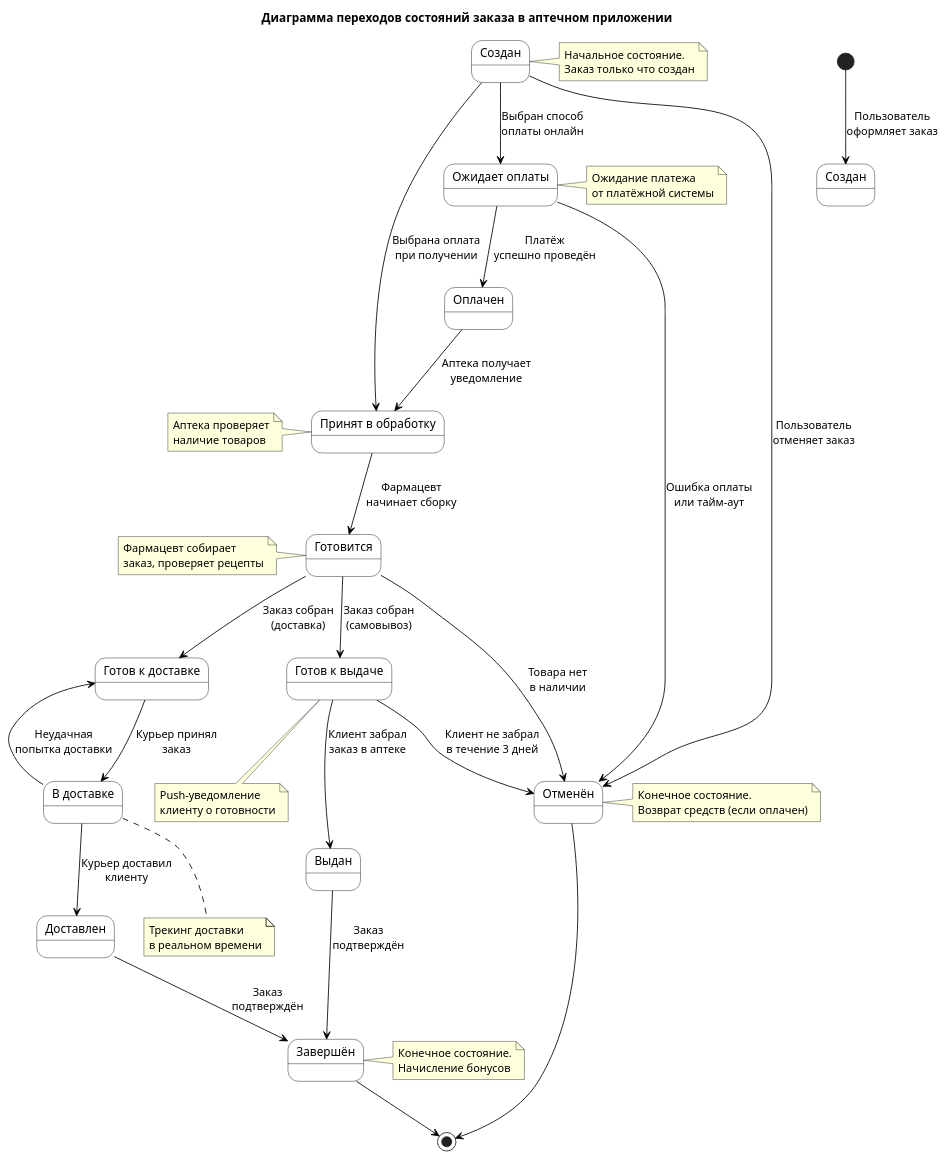
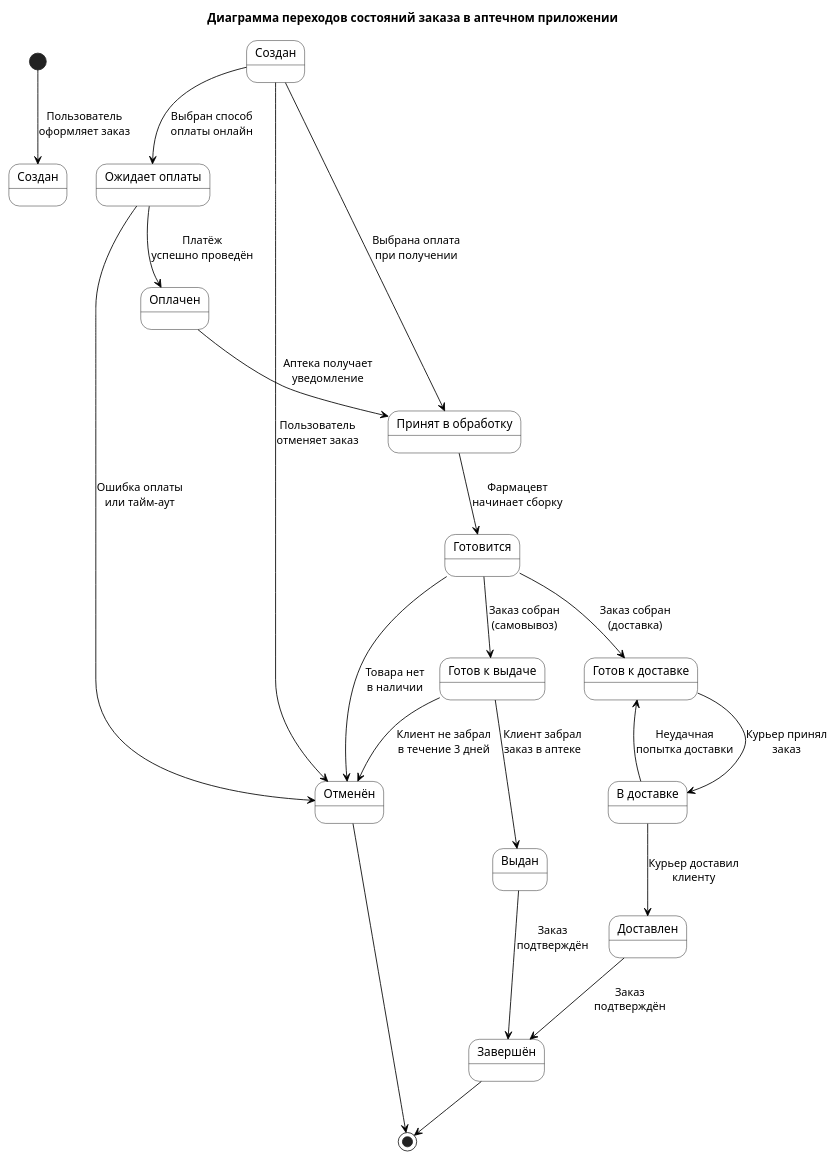
Before and after one commit to Arbuzarbuzenovich/main: the diagram in pharmacy-state-diagram.puml, drawn with PlantUML. The commit also changed 1 other file, not shown here.

Commit message:
Remove redundant state descriptions from diagrams

```diff
--- a/pharmacy-state-diagram.puml
+++ b/pharmacy-state-diagram.puml
@@ -1,93 +1,53 @@
 @startuml Order State Diagram
 
 skinparam state {
   BackgroundColor White
   BorderColor Black
   ArrowColor Black
 }
 
 title Диаграмма переходов состояний заказа в аптечном приложении
 
 [*] --> Создан : Пользователь\nоформляет заказ
 
 state "Создан" as created
 state "Ожидает оплаты" as pending_payment
 state "Оплачен" as paid
 state "Принят в обработку" as processing
 state "Готовится" as preparing
 state "Готов к выдаче" as ready_pickup
 state "Готов к доставке" as ready_delivery
 state "В доставке" as delivering
 state "Выдан" as picked_up
 state "Доставлен" as delivered
 state "Завершён" as completed
 state "Отменён" as cancelled
 
 created --> pending_payment : Выбран способ\nоплаты онлайн
 created --> processing : Выбрана оплата\nпри получении
 created --> cancelled : Пользователь\nотменяет заказ
 
 pending_payment --> paid : Платёж\nуспешно проведён
 pending_payment --> cancelled : Ошибка оплаты\nили тайм-аут
 
 paid --> processing : Аптека получает\nуведомление
 processing --> preparing : Фармацевт\nначинает сборку
 
 preparing --> ready_pickup : Заказ собран\n(самовывоз)
 preparing --> ready_delivery : Заказ собран\n(доставка)
 preparing --> cancelled : Товара нет\nв наличии
 
 ready_pickup --> picked_up : Клиент забрал\nзаказ в аптеке
 ready_pickup --> cancelled : Клиент не забрал\nв течение 3 дней
 
 ready_delivery --> delivering : Курьер принял\nзаказ
 delivering --> delivered : Курьер доставил\nклиенту
 delivering --> ready_delivery : Неудачная\nпопытка доставки
 
 picked_up --> completed : Заказ\nподтверждён
 delivered --> completed : Заказ\nподтверждён
 
 completed --> [*]
 cancelled --> [*]
 
-note right of created
-  Начальное состояние.
-  Заказ только что создан
-end note
-
-note right of pending_payment
-  Ожидание платежа
-  от платёжной системы
-end note
-
-note left of processing
-  Аптека проверяет
-  наличие товаров
-end note
-
-note left of preparing
-  Фармацевт собирает
-  заказ, проверяет рецепты
-end note
-
-note bottom of ready_pickup
-  Push-уведомление
-  клиенту о готовности
-end note
-
-note bottom of delivering
-  Трекинг доставки
-  в реальном времени
-end note
-
-note right of cancelled
-  Конечное состояние.
-  Возврат средств (если оплачен)
-end note
-
-note right of completed
-  Конечное состояние.
-  Начисление бонусов
-end note
-
 @enduml
```
